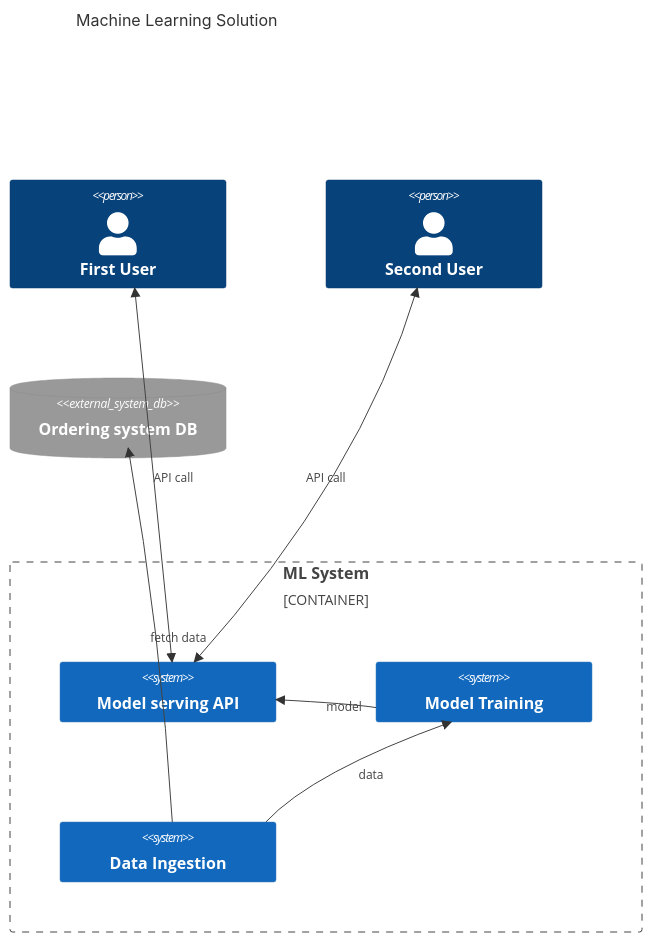
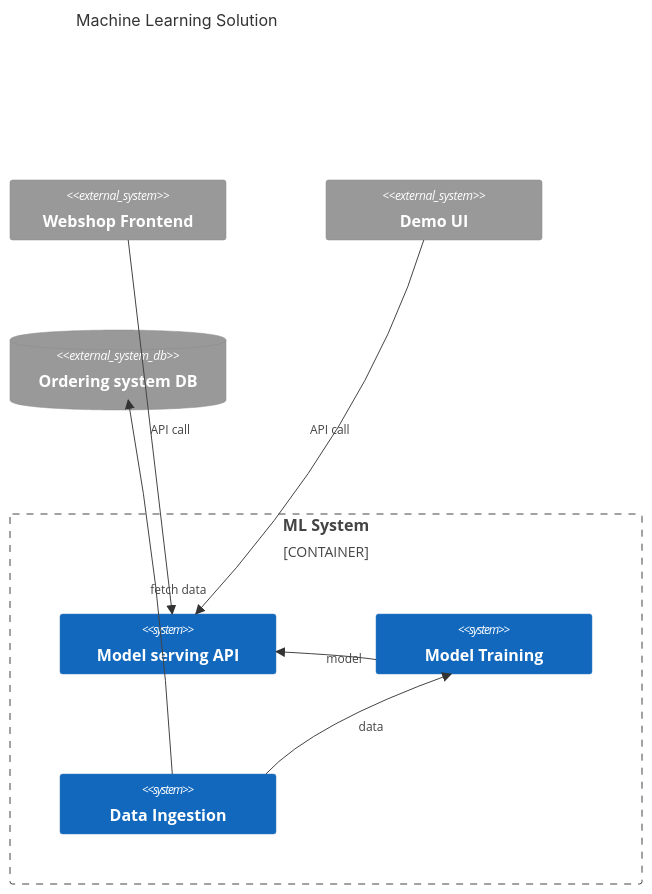
Before and after one commit to chr1st1ank/arcbook: the third of 3 diagrams in src/03_system_scope_and_context.md, drawn with Mermaid. The commit also changed other lines of this file and 4 other files, not shown here.

Commit message:
Allow plantuml

````diff
--- a/src/03_system_scope_and_context.md
+++ b/src/03_system_scope_and_context.md
@@ -12,18 +39,19 @@
 ```mermaid
 C4Context
   title Machine Learning Solution
-  Person(client1, "First User")
-  Person(client2, "Second User")
+  System_Ext(client1, "Webshop Frontend")
+  System_Ext(client2, "Demo UI")
+
   Container_Boundary(system, "ML System") {
     System(api, "Model serving API")
     System(train, "Model Training")
     System(ingestion, "Data Ingestion")
   }
   SystemDb_Ext(db, "Ordering system DB")
 
-  BiRel(client1, api, "API call")
-  BiRel(client2, api, "API call")
+  Rel(client1, api, "API call")
+  Rel(client2, api, "API call")
   Rel(train, api, "model")
   Rel(ingestion, train, "data")
   Rel(ingestion, db, "fetch data")
 ```
````
